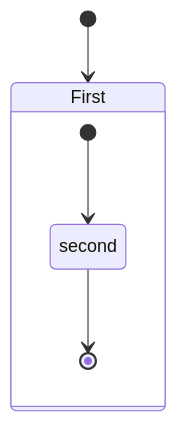
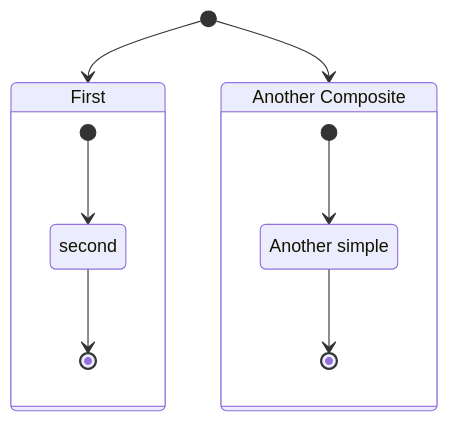
The ninth of 20 diagrams in docs/syntax/stateDiagram.md (mermaid-js/mermaid), drawn with Mermaid before and after one commit. The commit also changed other lines of this file and 1 other file, not shown here.

````diff
--- a/docs/syntax/stateDiagram.md
+++ b/docs/syntax/stateDiagram.md
@@ -174,8 +182,16 @@
 ```mermaid
 stateDiagram-v2
     [*] --> First
     state First {
         [*] --> second
         second --> [*]
     }
+
+    [*] --> NamedComposite
+    NamedComposite: Another Composite
+    state NamedComposite {
+        [*] --> namedSimple
+        namedSimple --> [*]
+        namedSimple: Another simple
+    }
 ```
````
